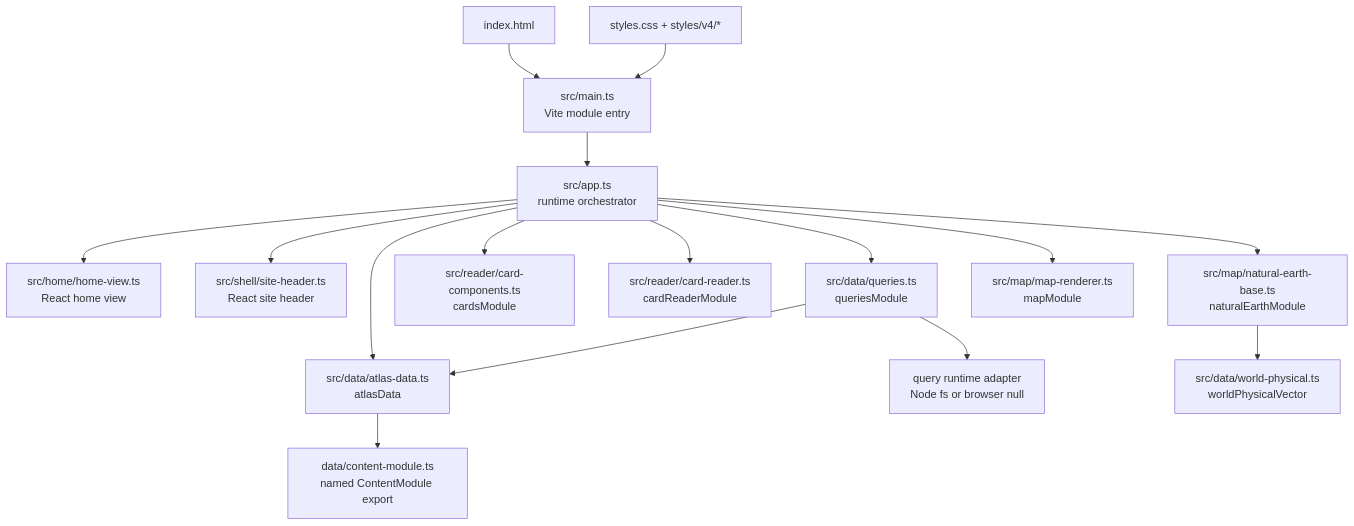
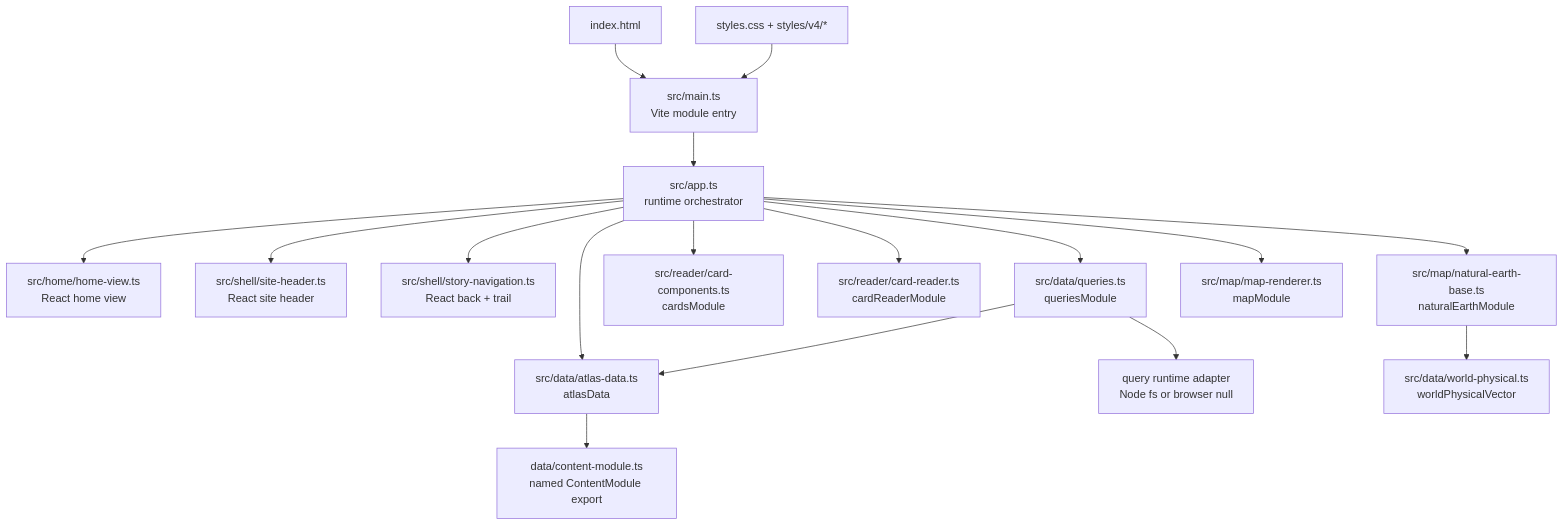
Before and after one commit to jiaxun-li/civilization-wander: the first of 4 diagrams in docs/ARCHITECTURE_AND_DATA_MODEL.md, drawn with Mermaid. The commit also changed other lines of this file and 6 other files, not shown here.

Commit message:
Migrate story navigation to React

````diff
--- a/docs/ARCHITECTURE_AND_DATA_MODEL.md
+++ b/docs/ARCHITECTURE_AND_DATA_MODEL.md
@@ -33,18 +33,19 @@
 ```mermaid
 flowchart TD
     HTML["index.html"] --> ENTRY["src/main.ts\nVite module entry"]
     ENTRY --> A["src/app.ts\nruntime orchestrator"]
     A --> H["src/home/home-view.ts\nReact home view"]
     A --> SH["src/shell/site-header.ts\nReact site header"]
+    A --> SN["src/shell/story-navigation.ts\nReact back + trail"]
     A --> D["src/data/atlas-data.ts\natlasData"]
     D --> CM["data/content-module.ts\nnamed ContentModule export"]
     Q["src/data/queries.ts\nqueriesModule"] --> D
     Q --> N["query runtime adapter\nNode fs or browser null"]
     A --> Q
     A --> C["src/reader/card-components.ts\ncardsModule"]
     A --> R["src/reader/card-reader.ts\ncardReaderModule"]
     A --> B["src/map/natural-earth-base.ts\nnaturalEarthModule"]
     B --> WP["src/data/world-physical.ts\nworldPhysicalVector"]
     A --> M["src/map/map-renderer.ts\nmapModule"]
     CSS["styles.css + styles/v4/*"] --> ENTRY
 ```
````
